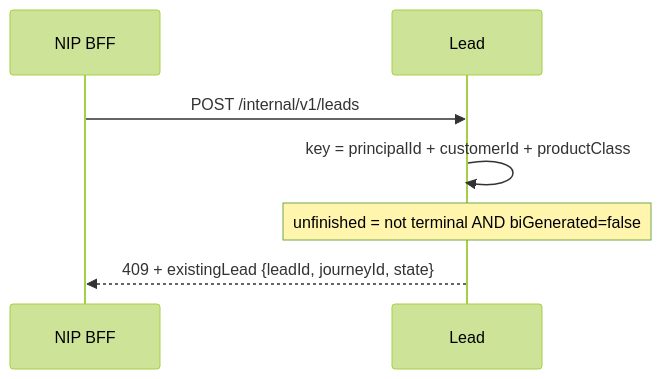
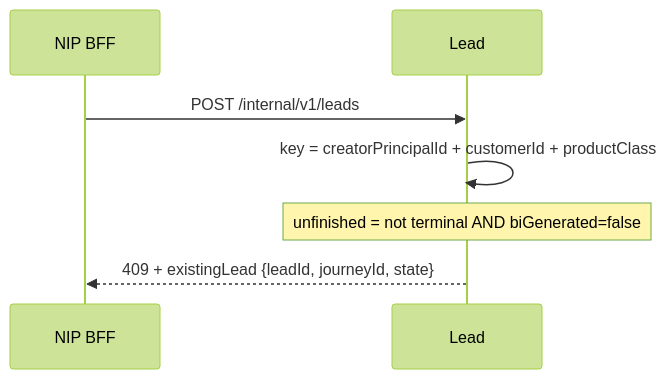
The third of 8 diagrams in docs/platform/ws3-platform/11-lead-module-sequences.md (Mahesh38/bank-insurance-platform), drawn with Mermaid (forest theme) before and after one commit. The commit also changed other lines of this file and 14 other files, not shown here.

````diff
--- a/docs/platform/ws3-platform/11-lead-module-sequences.md
+++ b/docs/platform/ws3-platform/11-lead-module-sequences.md
@@ -88,10 +88,10 @@
 ```mermaid
 sequenceDiagram
   participant BFF as NIP BFF
   participant LED as Lead #5
 
   BFF->>LED: POST /internal/v1/leads
-  LED->>LED: key = principalId + customerId + productClass
+  LED->>LED: key = creatorPrincipalId + customerId + productClass
   Note over LED: unfinished = not terminal AND biGenerated=false
   LED-->>BFF: 409 + existingLead {leadId, journeyId, state}
 ```
````
